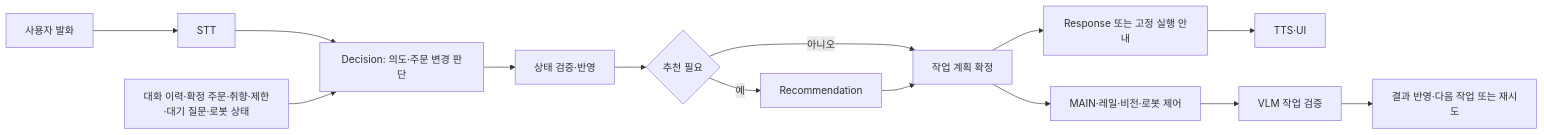
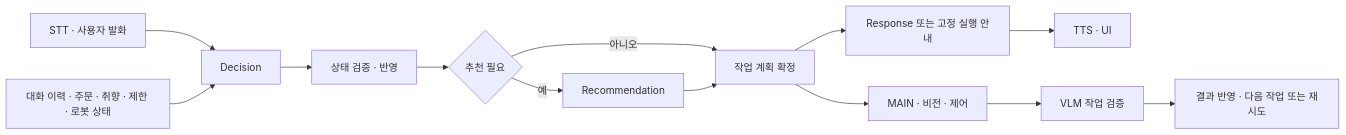
Before and after one commit to jisoooxo/IRC_SOOMAC3.0: the diagram in README.md, drawn with Mermaid. The commit also changed other lines of this file and 2 other files, not shown here.

````diff
--- a/README.md
+++ b/README.md
@@ -76,16 +151,15 @@
 ```mermaid
 flowchart LR
-    U[사용자 발화] --> S[STT]
-    S --> D[Decision: 의도·주문 변경 판단]
-    H[대화 이력·확정 주문·취향·제한·대기 질문·로봇 상태] --> D
-    D --> C[상태 검증·반영]
+    S[STT · 사용자 발화] --> D[Decision]
+    H[대화 이력 · 주문 · 취향 · 제한 · 로봇 상태] --> D
+    D --> C[상태 검증 · 반영]
     C --> Q{추천 필요}
     Q -->|예| R[Recommendation]
     Q -->|아니오| F[작업 계획 확정]
     R --> F
     F --> P[Response 또는 고정 실행 안내]
-    P --> T[TTS·UI]
-    F --> A[MAIN·레일·비전·로봇 제어]
+    P --> T[TTS · UI]
+    F --> A[MAIN · 비전 · 제어]
     A --> V[VLM 작업 검증]
-    V --> N[결과 반영·다음 작업 또는 재시도]
+    V --> N[결과 반영 · 다음 작업 또는 재시도]
 ```
````
